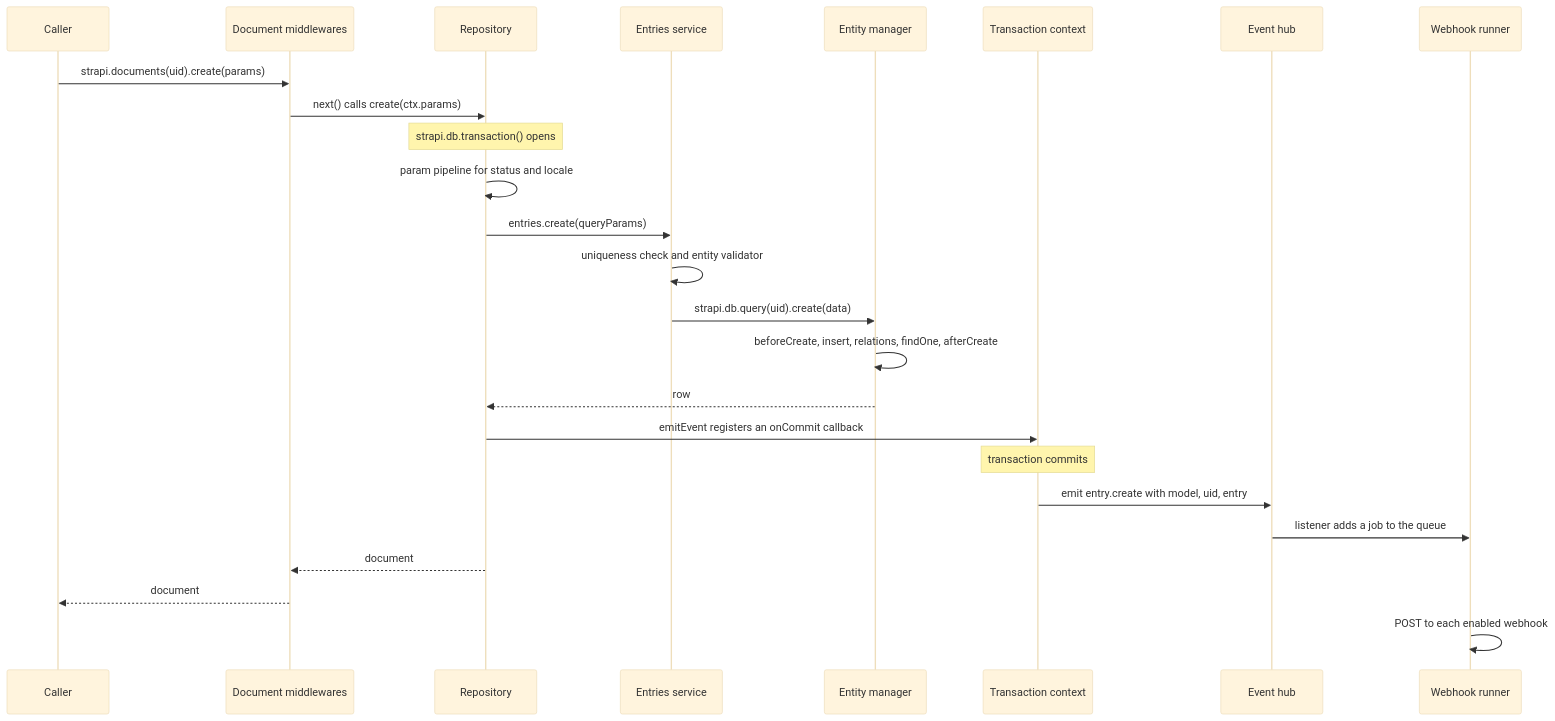
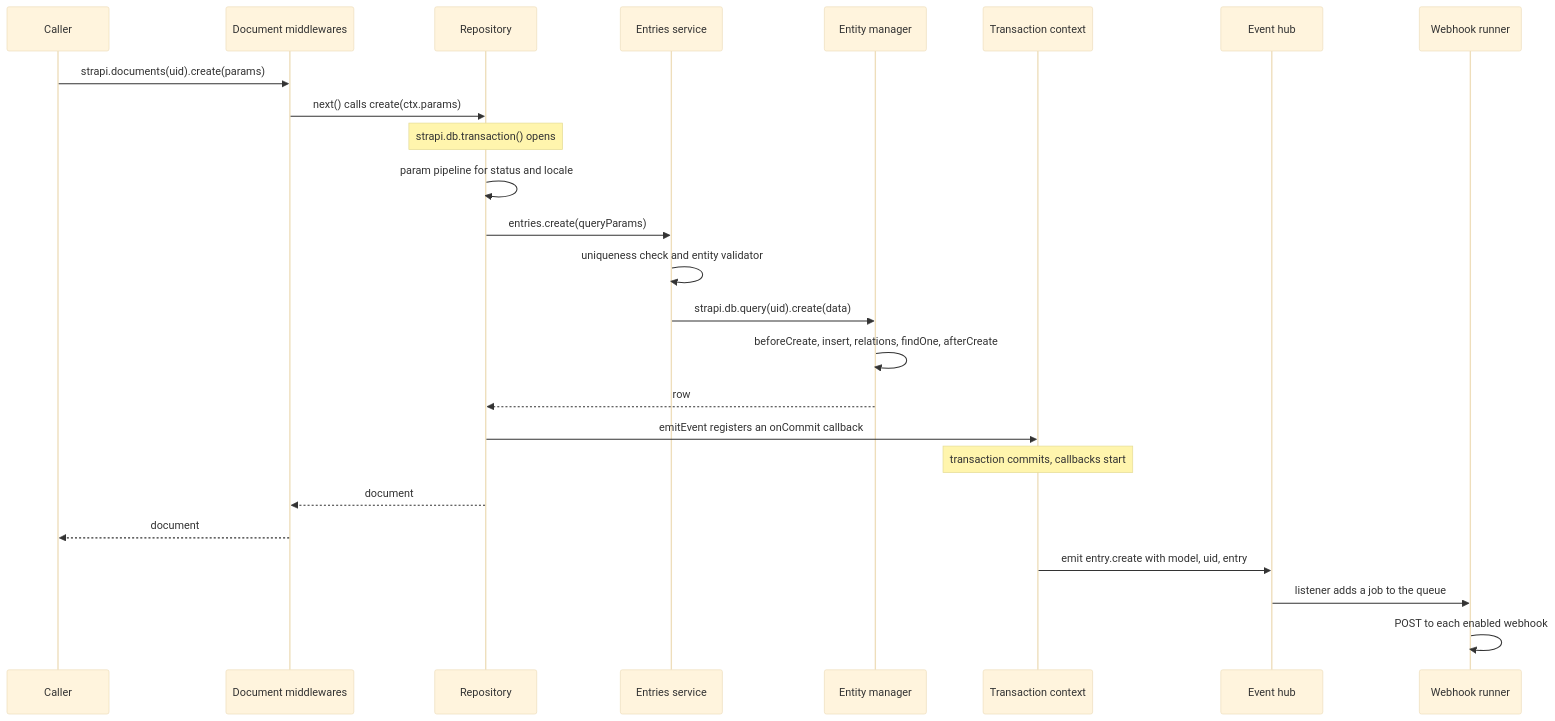
The diagram in docs/docs/architecture/05-document-write-path.md (strapi/strapi), drawn with Mermaid (base theme) before and after one commit. The commit also changed other lines of this file and 14 other files, not shown here.

````diff
--- a/docs/docs/architecture/05-document-write-path.md
+++ b/docs/docs/architecture/05-document-write-path.md
@@ -46,28 +46,28 @@
 ```mermaid
 sequenceDiagram
   participant Caller
   participant MW as Document middlewares
   participant Repo as Repository
   participant Entries as Entries service
   participant EM as Entity manager
   participant TX as Transaction context
   participant Hub as Event hub
   participant WH as Webhook runner
 
   Caller->>MW: strapi.documents(uid).create(params)
   MW->>Repo: next() calls create(ctx.params)
   Note over Repo: strapi.db.transaction() opens
   Repo->>Repo: param pipeline for status and locale
   Repo->>Entries: entries.create(queryParams)
   Entries->>Entries: uniqueness check and entity validator
   Entries->>EM: strapi.db.query(uid).create(data)
   EM->>EM: beforeCreate, insert, relations, findOne, afterCreate
   EM-->>Repo: row
   Repo->>TX: emitEvent registers an onCommit callback
-  Note over TX: transaction commits
+  Note over TX: transaction commits, callbacks start
+  Repo-->>MW: document
+  MW-->>Caller: document
   TX->>Hub: emit entry.create with model, uid, entry
   Hub->>WH: listener adds a job to the queue
-  Repo-->>MW: document
-  MW-->>Caller: document
   WH->>WH: POST to each enabled webhook
 ```
````
